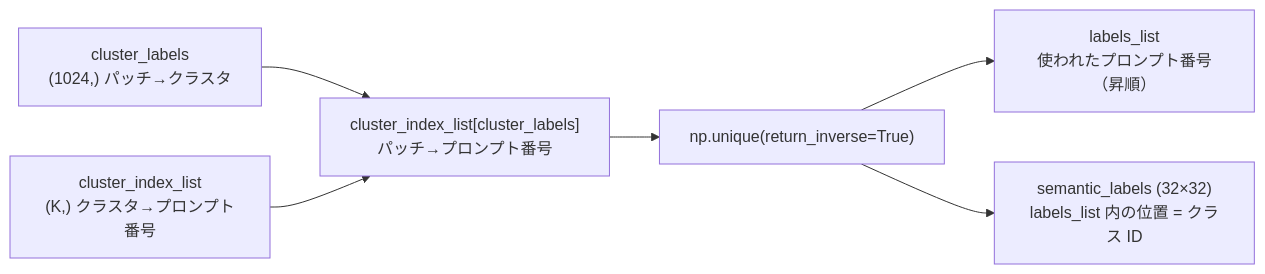
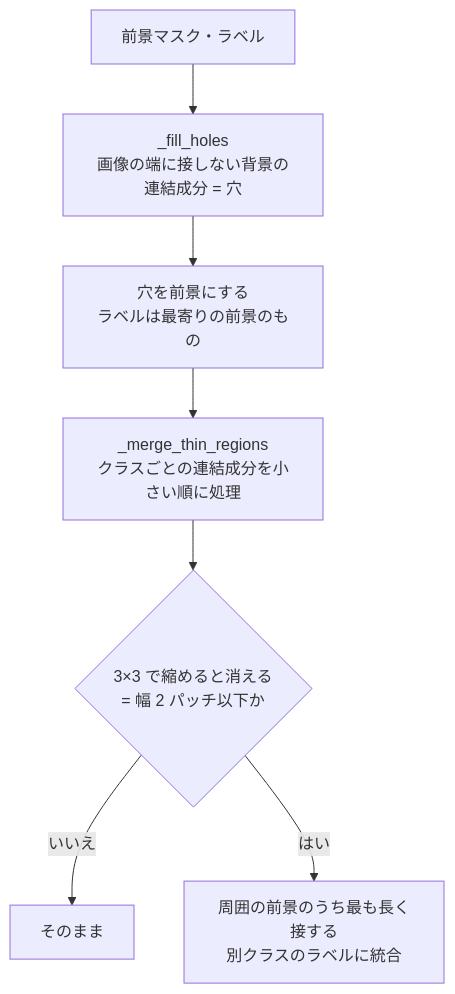
Before and after one commit to fklg-64/pe_anything_detect: the fourth of 5 diagrams in docs/coarse_segmentation.md, drawn with Mermaid. The commit also changed other lines of this file and 46 other files, not shown here.

````diff
--- a/docs/coarse_segmentation.md
+++ b/docs/coarse_segmentation.md
@@ -289,8 +220,9 @@
 ```mermaid
-flowchart LR
-    A["cluster_labels<br/>(1024,) パッチ→クラスタ"] --> C
-    B["cluster_index_list<br/>(K,) クラスタ→プロンプト番号"] --> C["cluster_index_list[cluster_labels]<br/>パッチ→プロンプト番号"]
-    C --> D["np.unique(return_inverse=True)"]
-    D --> E["labels_list<br/>使われたプロンプト番号（昇順）"]
-    D --> F["semantic_labels (32×32)<br/>labels_list 内の位置 = クラス ID"]
+flowchart TD
+    A["前景マスク・ラベル"] --> B["_fill_holes<br/>画像の端に接しない背景の連結成分 = 穴"]
+    B --> C["穴を前景にする<br/>ラベルは最寄りの前景のもの"]
+    C --> D["_merge_thin_regions<br/>クラスごとの連結成分を小さい順に処理"]
+    D --> E{"3×3 で縮めると消える<br/>= 幅 2 パッチ以下か"}
+    E -->|いいえ| F["そのまま"]
+    E -->|はい| G["周囲の前景のうち最も長く接する<br/>別クラスのラベルに統合"]
 ```
````
